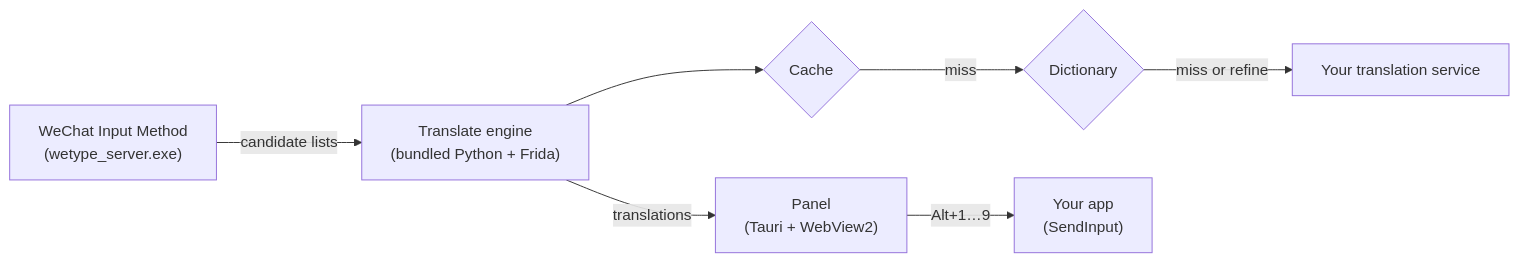
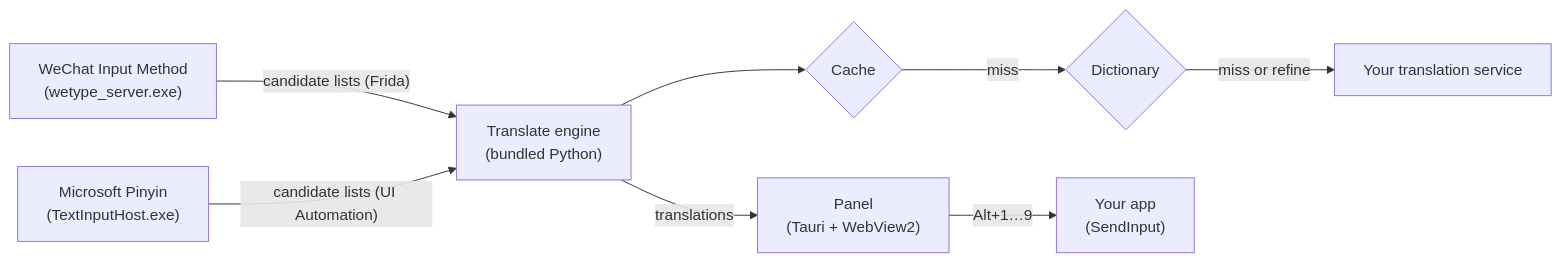
One commit to Rickyevo/translate changed the diagram in README.md. Above: the diagram before and after it, drawn with Mermaid. The commit also changed other lines of this file and 39 other files, not shown here.

First line of the commit message:
Microsoft Pinyin support: Automatic / WeChat Input Method / Microsoft Pinyin

````diff
--- a/README.md
+++ b/README.md
@@ -218,9 +226,10 @@
 ```mermaid
 flowchart LR
-  A["WeChat Input Method<br/>(wetype_server.exe)"] -- candidate lists --> B["Translate engine<br/>(bundled Python + Frida)"]
+  A["WeChat Input Method<br/>(wetype_server.exe)"] -- candidate lists (Frida) --> B["Translate engine<br/>(bundled Python)"]
+  P["Microsoft Pinyin<br/>(TextInputHost.exe)"] -- candidate lists (UI Automation) --> B
   B --> C{"Cache"}
   C -- miss --> D{"Dictionary"}
   D -- miss or refine --> E["Your translation service"]
   B -- translations --> F["Panel<br/>(Tauri + WebView2)"]
   F -- "Alt+1…9" --> G["Your app<br/>(SendInput)"]
 ```
````
